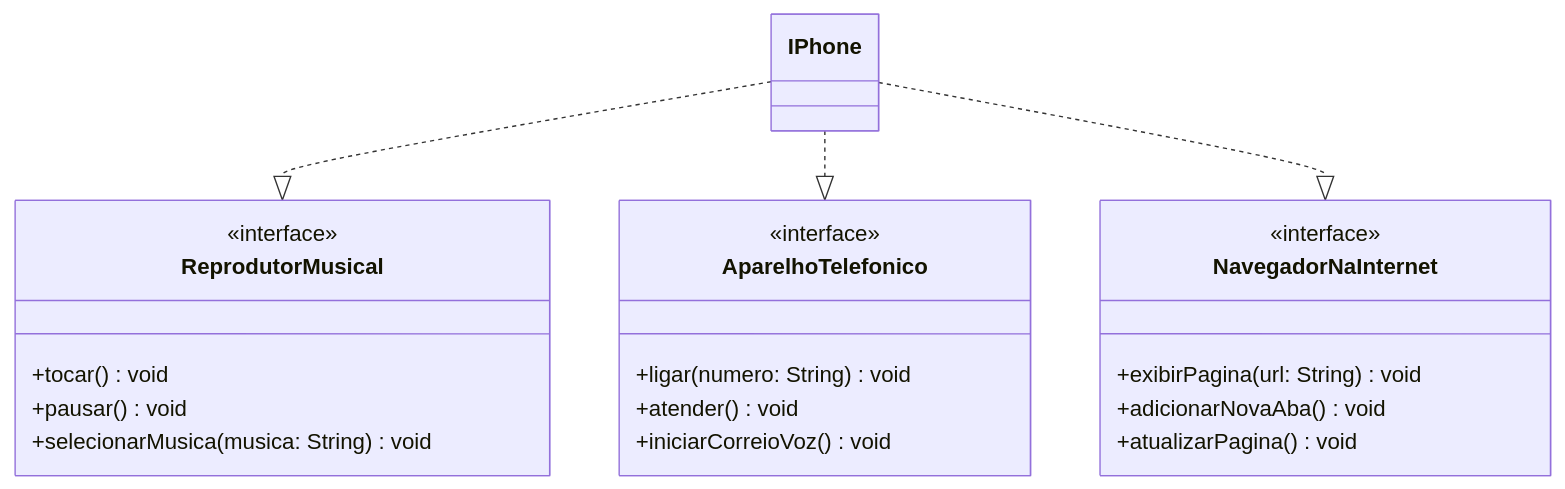
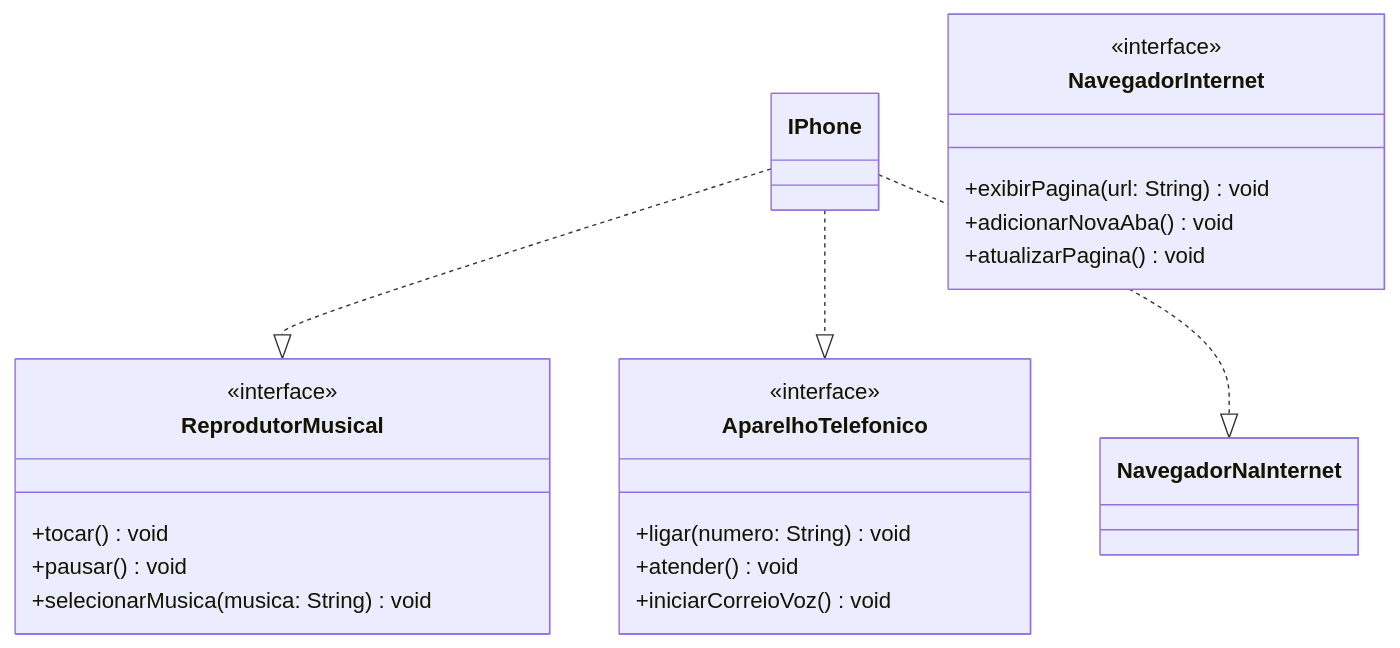
Before and after one commit to HeberFHLemes/desafio-uml-iphone: the diagram in README.md, drawn with Mermaid.

````diff
--- a/README.md
+++ b/README.md
@@ -6,27 +6,27 @@
 ```mermaid
 classDiagram
 direction TB
     class IPhone {
     }
     class ReprodutorMusical {
 	    +tocar() void
 	    +pausar() void
 	    +selecionarMusica(musica: String) void
     }
     class AparelhoTelefonico {
 	    +ligar(numero: String) void
 	    +atender() void
 	    +iniciarCorreioVoz() void
     }
-    class NavegadorNaInternet {
+    class NavegadorInternet {
 	    +exibirPagina(url: String) void
 	    +adicionarNovaAba() void
 	    +atualizarPagina() void
     }
     <<interface>> ReprodutorMusical
     <<interface>> AparelhoTelefonico
-    <<interface>> NavegadorNaInternet
+    <<interface>> NavegadorInternet
     IPhone ..|> ReprodutorMusical
     IPhone ..|> AparelhoTelefonico
     IPhone ..|> NavegadorNaInternet
 ```
````
